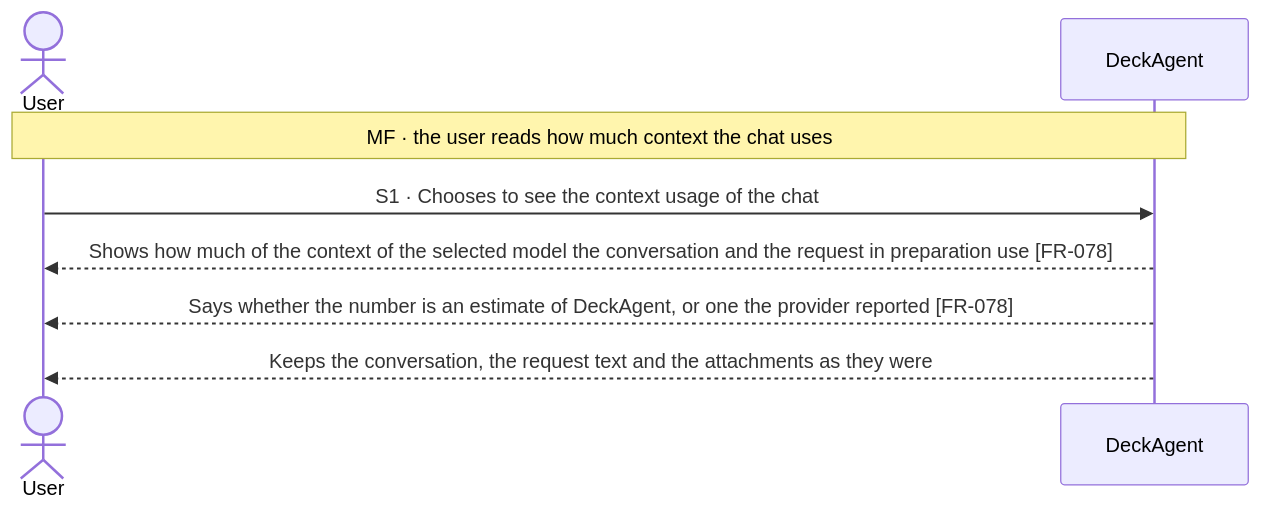
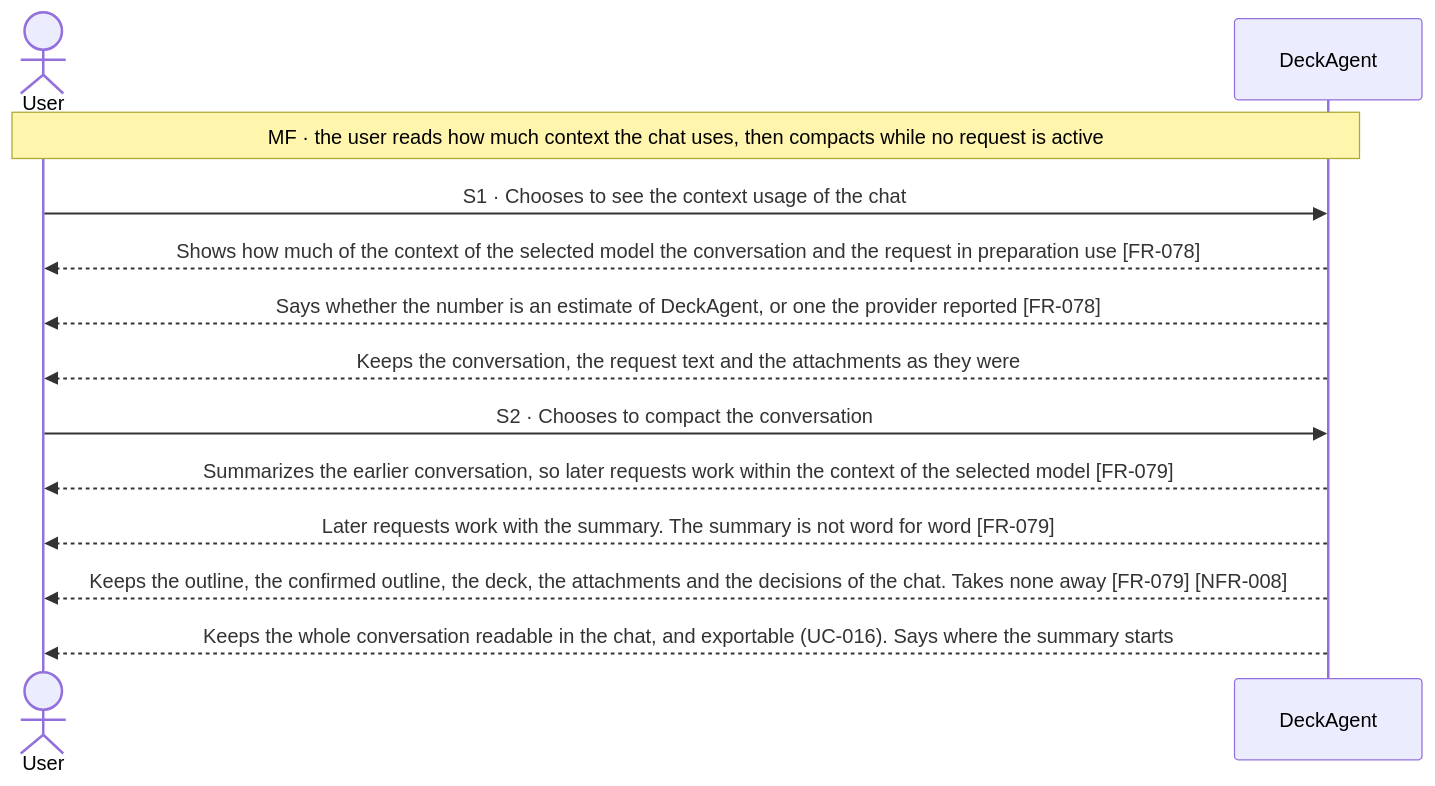
The first of 3 diagrams in docs/spec/03-use-cases/UC-015.md (Luke23127006/DeckAgent), drawn with Mermaid before and after one commit. The commit also changed other lines of this file and 25 other files, not shown here.

Commit message:
docs(spec): restructure use cases with main flow first

````diff
--- a/docs/spec/03-use-cases/UC-015.md
+++ b/docs/spec/03-use-cases/UC-015.md
@@ -39,10 +39,15 @@
 ```mermaid
 sequenceDiagram
     actor User
     participant DeckAgent
-    Note over User,DeckAgent: MF · the user reads how much context the chat uses
+    Note over User,DeckAgent: MF · the user reads how much context the chat uses, then compacts while no request is active
     User->>DeckAgent: S1 · Chooses to see the context usage of the chat
     DeckAgent-->>User: Shows how much of the context of the selected model the conversation and the request in preparation use [FR-078]
     DeckAgent-->>User: Says whether the number is an estimate of DeckAgent, or one the provider reported [FR-078]
     DeckAgent-->>User: Keeps the conversation, the request text and the attachments as they were
+    User->>DeckAgent: S2 · Chooses to compact the conversation
+    DeckAgent-->>User: Summarizes the earlier conversation, so later requests work within the context of the selected model [FR-079]
+    DeckAgent-->>User: Later requests work with the summary. The summary is not word for word [FR-079]
+    DeckAgent-->>User: Keeps the outline, the confirmed outline, the deck, the attachments and the decisions of the chat. Takes none away [FR-079] [NFR-008]
+    DeckAgent-->>User: Keeps the whole conversation readable in the chat, and exportable (UC-016). Says where the summary starts
 ```
````
